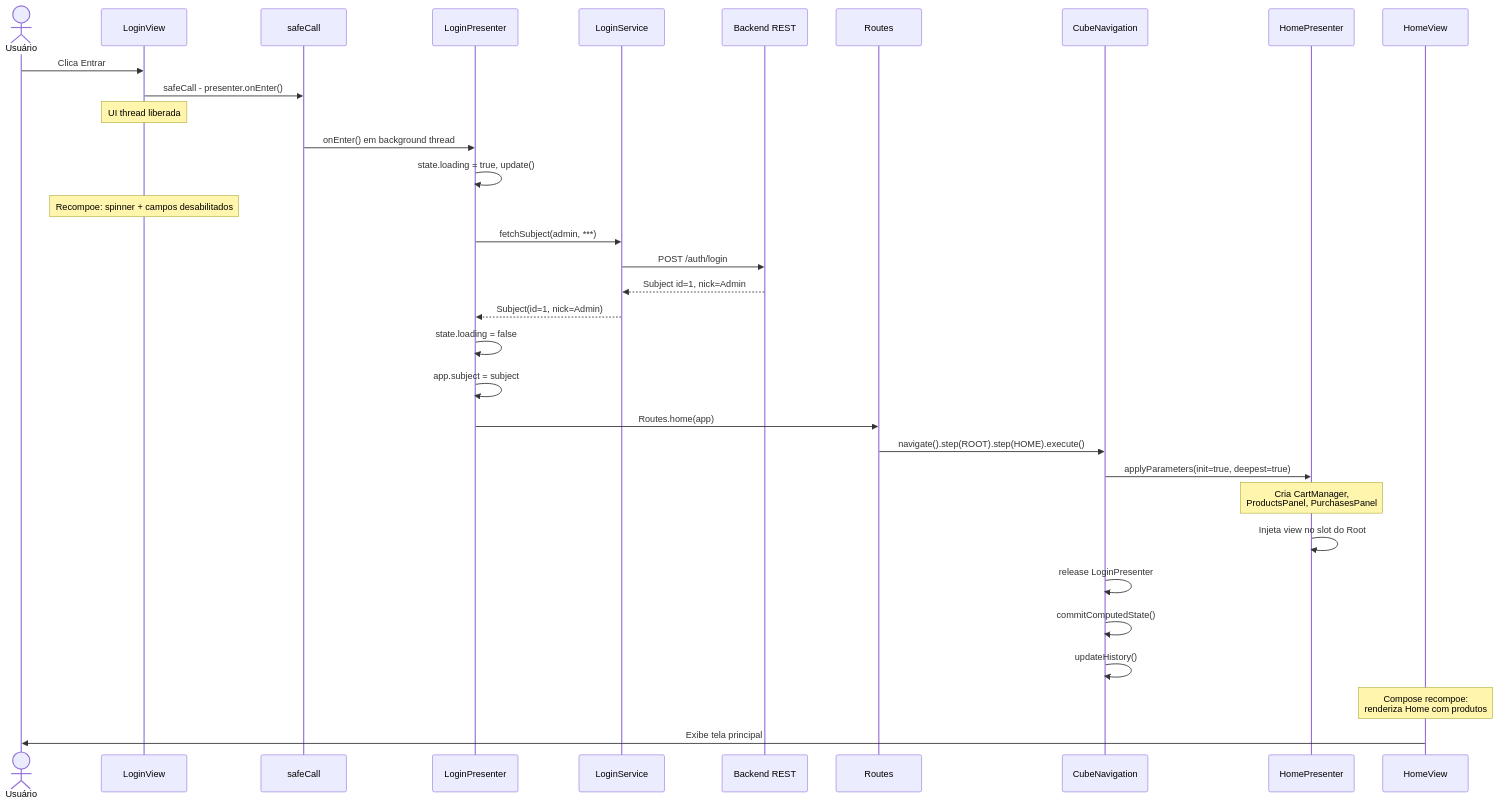
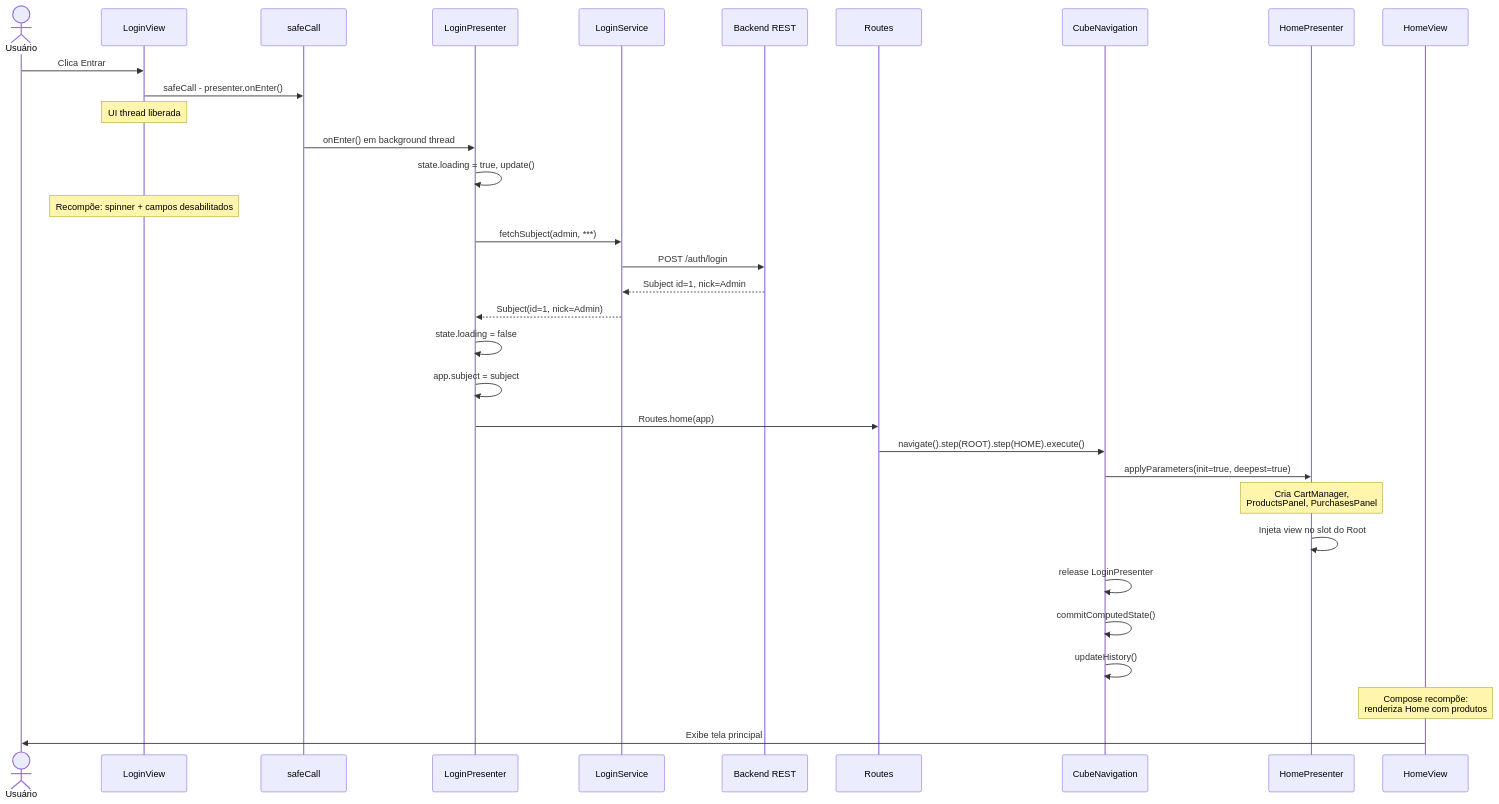
One commit to mrcdom/wdc-cube-kotlin changed diagram 14 of 14 in docs/architecture.md. Above: the diagram before and after it, drawn with Mermaid. The commit also changed other lines of this file and 2 other files, not shown here.

First line of the commit message:
docs: restructure architecture.md as project-level overview

````diff
--- a/docs/architecture.md
+++ b/docs/architecture.md
@@ -816,43 +736,43 @@
 ```mermaid
 sequenceDiagram
     actor User as Usuário
     participant LV as LoginView
     participant SC as safeCall
     participant LP as LoginPresenter
     participant LS as LoginService
     participant API as Backend REST
     participant Routes as Routes
     participant Nav as CubeNavigation
     participant HP as HomePresenter
     participant HV as HomeView
 
     User->>LV: Clica Entrar
     LV->>SC: safeCall - presenter.onEnter()
     Note over LV: UI thread liberada
 
     SC->>LP: onEnter() em background thread
     LP->>LP: state.loading = true, update()
-    Note over LV: Recompoe: spinner + campos desabilitados
+    Note over LV: Recompõe: spinner + campos desabilitados
 
     LP->>LS: fetchSubject(admin, ***)
     LS->>API: POST /auth/login
     API-->>LS: Subject id=1, nick=Admin
     LS-->>LP: Subject(id=1, nick=Admin)
 
     LP->>LP: state.loading = false
     LP->>LP: app.subject = subject
 
     LP->>Routes: Routes.home(app)
     Routes->>Nav: navigate().step(ROOT).step(HOME).execute()
 
     Nav->>HP: applyParameters(init=true, deepest=true)
     Note over HP: Cria CartManager,<br/>ProductsPanel, PurchasesPanel
     HP->>HP: Injeta view no slot do Root
 
     Nav->>Nav: release LoginPresenter
     Nav->>Nav: commitComputedState()
     Nav->>Nav: updateHistory()
 
-    Note over HV: Compose recompoe:<br/>renderiza Home com produtos
+    Note over HV: Compose recompõe:<br/>renderiza Home com produtos
     HV->>User: Exibe tela principal
 ```
````
